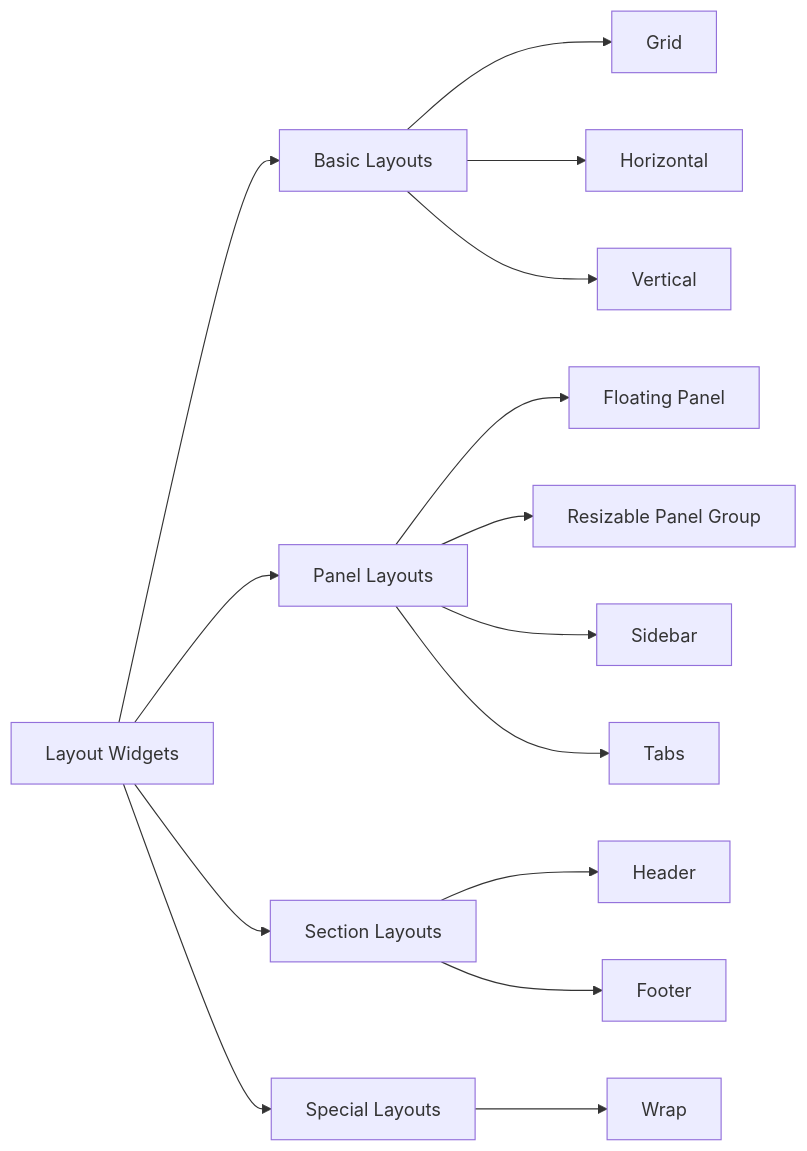
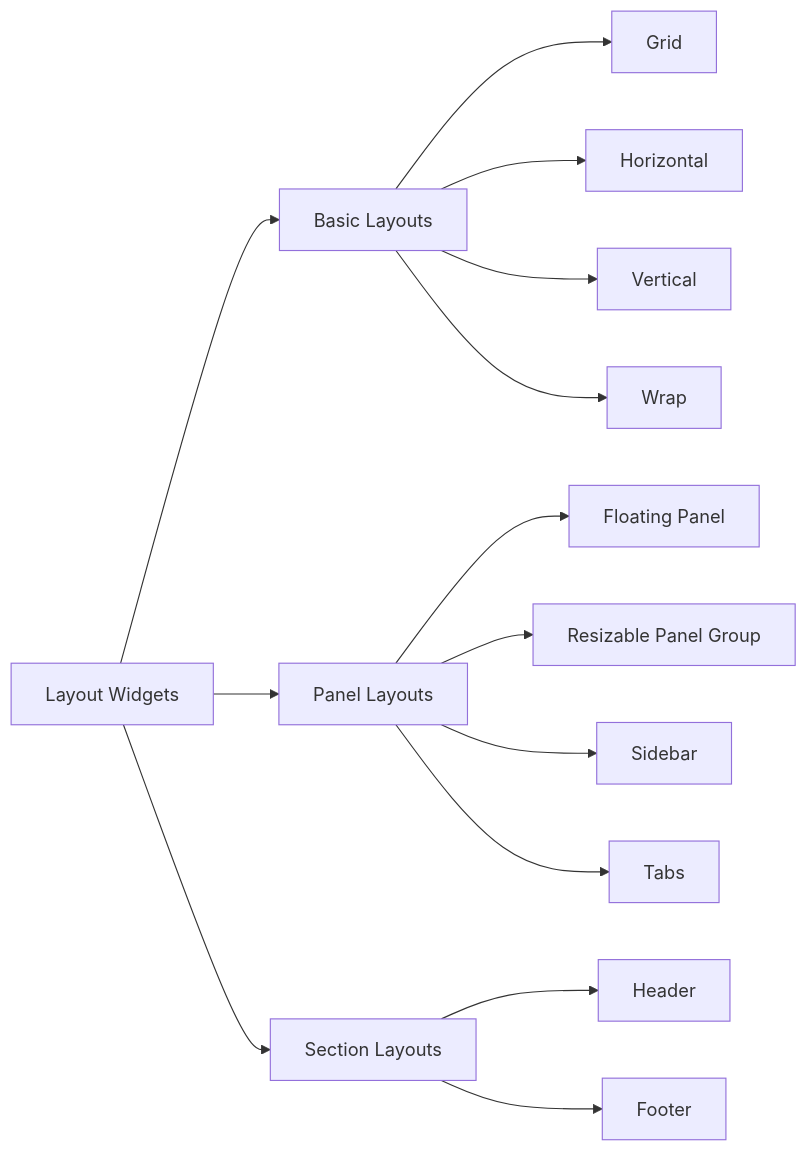
One commit to ArtemLazarchuk/Ivy-Framework changed the fourth of 5 diagrams in src/Ivy.Docs.Shared/Docs/01_Onboarding/02_Concepts/03_Widgets.md. Above: the diagram before and after it, drawn with Mermaid. The commit also changed other lines of this file and 16 other files, not shown here.

````diff
--- a/src/Ivy.Docs.Shared/Docs/01_Onboarding/02_Concepts/03_Widgets.md
+++ b/src/Ivy.Docs.Shared/Docs/01_Onboarding/02_Concepts/03_Widgets.md
@@ -329,21 +329,19 @@
 ```mermaid
 graph LR
     A[Layout Widgets] --> B[Basic Layouts]
     A --> C[Panel Layouts]
     A --> D[Section Layouts]
-    A --> E[Special Layouts]
-    
+
     B --> B1[Grid]
     B --> B2[Horizontal]
     B --> B3[Vertical]
-    
+    B --> B4[Wrap]
+
     C --> C1[Floating Panel]
     C --> C2[Resizable Panel Group]
     C --> C3[Sidebar]
     C --> C4[Tabs]
-    
+
     D --> D1[Header]
     D --> D2[Footer]
-    
-    E --> E1[Wrap]
 ```
````
